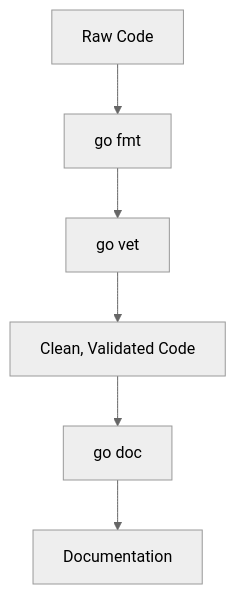
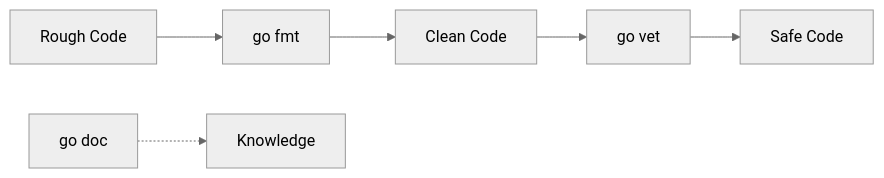
Before and after one commit to rasel9t6/the-go-engineer: the diagram in 01-getting-started/5-go-tools/README.md, drawn with Mermaid (neutral theme). The commit also changed other lines of this file and 15 other files, not shown here.

````diff
--- a/01-getting-started/5-go-tools/README.md
+++ b/01-getting-started/5-go-tools/README.md
@@ -24,8 +20,8 @@
 ```mermaid
-graph TD
-    A["Raw Code"] --> B["go fmt"]
-    B --> C["go vet"]
-    C --> D["Clean, Validated Code"]
-    D --> E["go doc"]
-    E --> F["Documentation"]
+graph LR
+    Code["Rough Code"] --> fmt["go fmt"]
+    fmt --> clean["Clean Code"]
+    clean --> vet["go vet"]
+    vet --> safe["Safe Code"]
+    doc["go doc"] -.-> Ref["Knowledge"]
 ```
````
